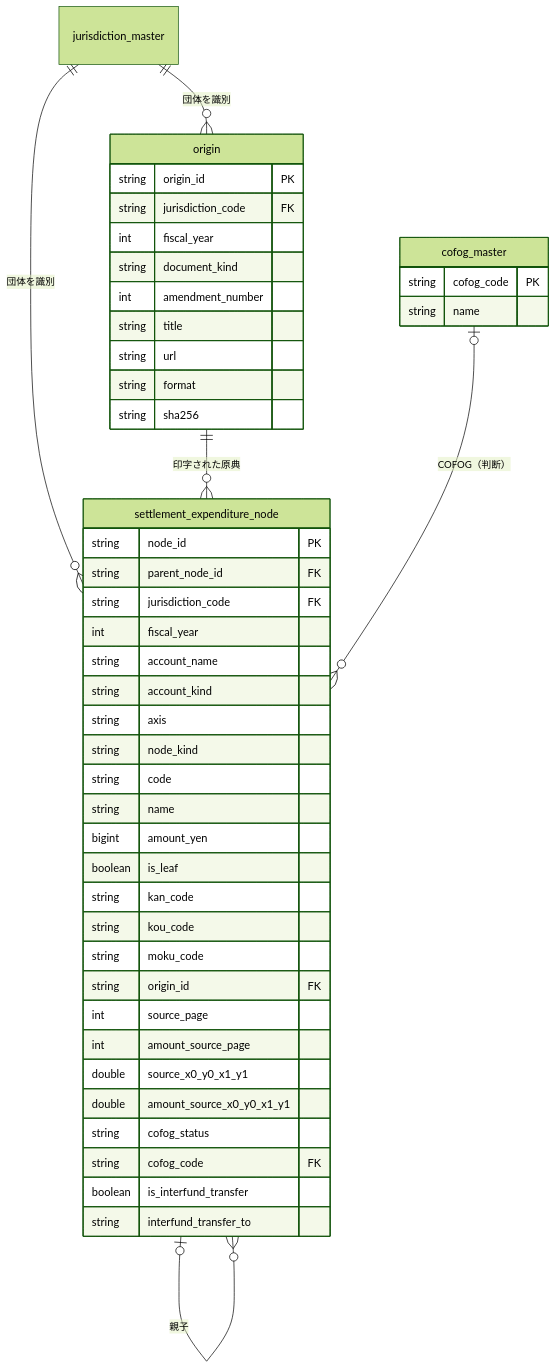
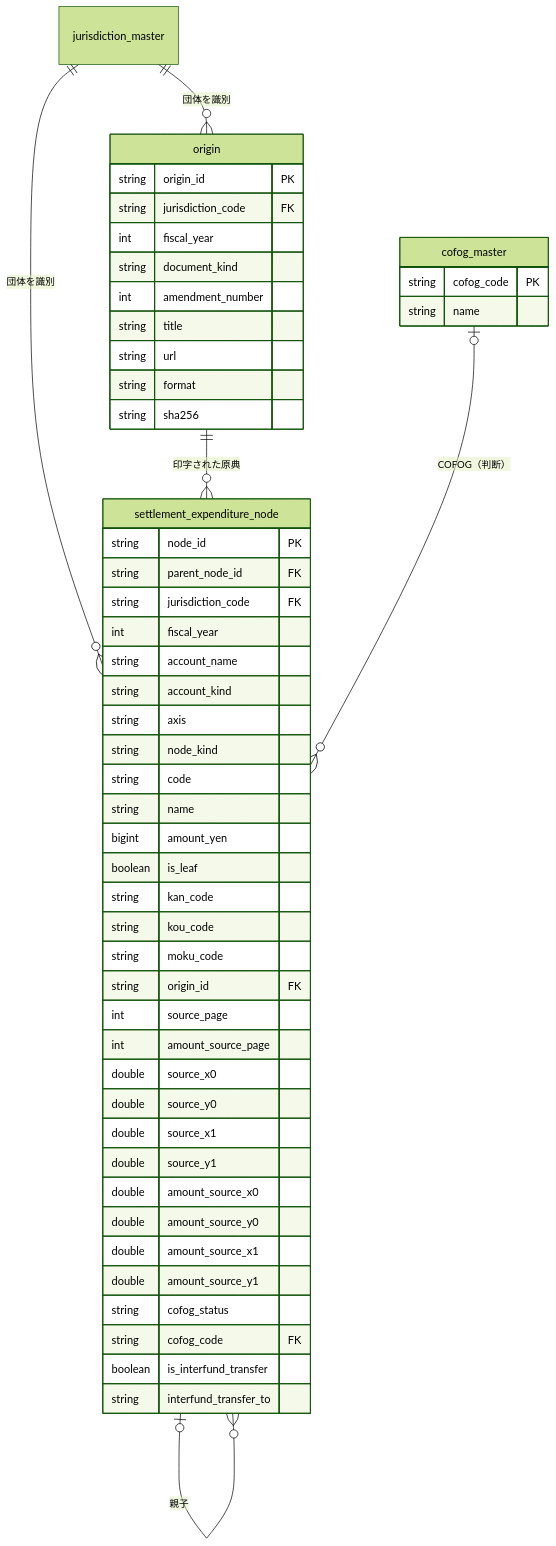
One commit to fudoki-hensansitu/fudoki changed the second of 2 diagrams in docs/prd/fiscal-dbt-models/design-doc.md. Above: the diagram before and after it, drawn with Mermaid (forest theme). The commit also changed other lines of this file and 2 other files, not shown here.

Commit message:
fix(pipeline): 金額の枠は4列が揃うときだけ入れ、座標の検査と文書を直す
Claude-Session: https://claude.ai/code/session_01G5XPwzLE2BqS7ZEETth89C

````diff
--- a/docs/prd/fiscal-dbt-models/design-doc.md
+++ b/docs/prd/fiscal-dbt-models/design-doc.md
@@ -182,50 +182,56 @@
 ```mermaid
 erDiagram
   jurisdiction_master ||--o{ settlement_expenditure_node : "団体を識別"
   jurisdiction_master ||--o{ origin : "団体を識別"
   origin ||--o{ settlement_expenditure_node : "印字された原典"
   settlement_expenditure_node |o--o{ settlement_expenditure_node : "親子"
   cofog_master |o--o{ settlement_expenditure_node : "COFOG（判断）"
 
   settlement_expenditure_node {
     string node_id PK
     string parent_node_id FK
     string jurisdiction_code FK
     int fiscal_year
     string account_name
     string account_kind
     string axis
     string node_kind
     string code
     string name
     bigint amount_yen
     boolean is_leaf
     string kan_code
     string kou_code
     string moku_code
     string origin_id FK
     int source_page
     int amount_source_page
-    double source_x0_y0_x1_y1
-    double amount_source_x0_y0_x1_y1
+    double source_x0
+    double source_y0
+    double source_x1
+    double source_y1
+    double amount_source_x0
+    double amount_source_y0
+    double amount_source_x1
+    double amount_source_y1
     string cofog_status
     string cofog_code FK
     boolean is_interfund_transfer
     string interfund_transfer_to
   }
   origin {
     string origin_id PK
     string jurisdiction_code FK
     int fiscal_year
     string document_kind
     int amendment_number
     string title
     string url
     string format
     string sha256
   }
   cofog_master {
     string cofog_code PK
     string name
   }
 ```
````
